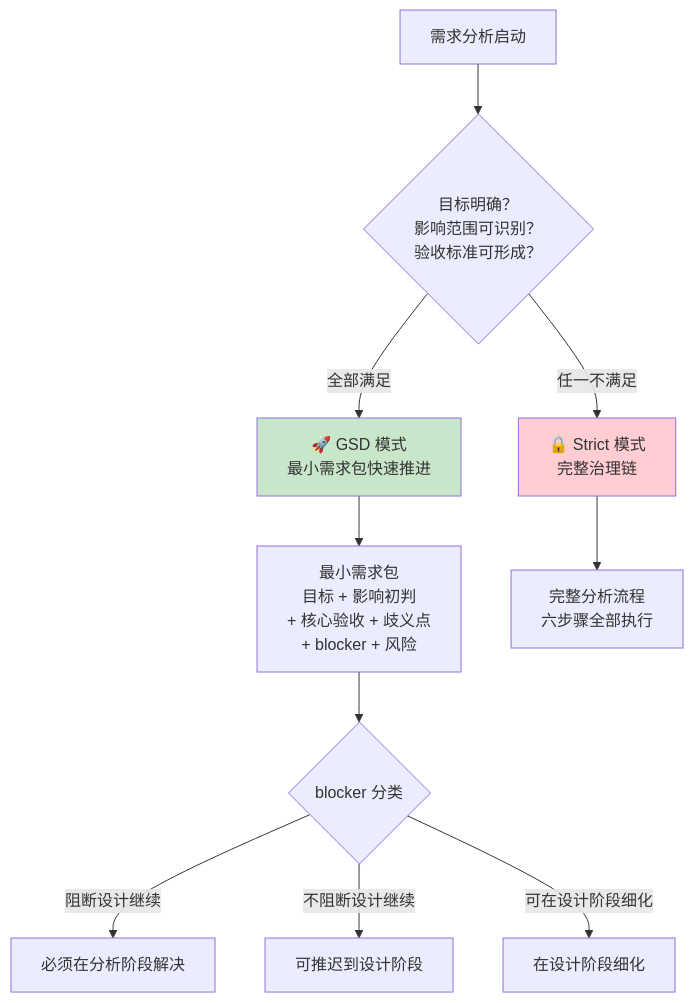
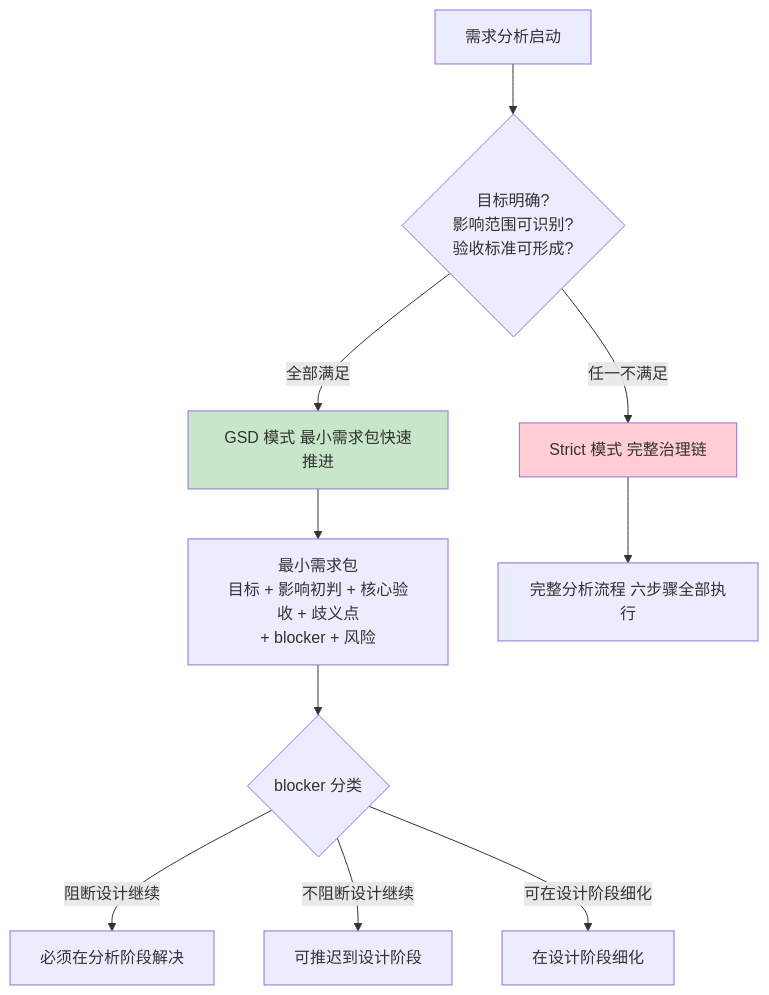
Before and after one commit to mes-openai/mes-ai-dev: the third of 3 diagrams in mes-ai-dev/workspace/training/02-phase-analyze-flowchart.md, drawn with Mermaid. The commit also changed other lines of this file and 12 other files, not shown here.

Commit message:
重新生成阶段流程图

````diff
--- a/mes-ai-dev/workspace/training/02-phase-analyze-flowchart.md
+++ b/mes-ai-dev/workspace/training/02-phase-analyze-flowchart.md
@@ -146,19 +146,19 @@
 ```mermaid
 flowchart TB
-    ANALYZE[需求分析启动] --> CHECK{目标明确？<br/>影响范围可识别？<br/>验收标准可形成？}
+    ANALYZE["需求分析启动"] --> CHECK{"目标明确?<br>影响范围可识别?<br>验收标准可形成?"}
 
-    CHECK -->|全部满足| GSD[🚀 GSD 模式<br/>最小需求包快速推进]
-    CHECK -->|任一不满足| STRICT[🔒 Strict 模式<br/>完整治理链]
+    CHECK -->|"全部满足"| GSD["GSD 模式 最小需求包快速推进"]
+    CHECK -->|"任一不满足"| STRICT["Strict 模式 完整治理链"]
 
-    GSD --> MIN_PKG[最小需求包<br/>目标 + 影响初判<br/>+ 核心验收 + 歧义点<br/>+ blocker + 风险]
+    GSD --> MIN_PKG["最小需求包<br>目标 + 影响初判 + 核心验收 + 歧义点<br>+ blocker + 风险"]
 
-    MIN_PKG --> BLOCKER{blocker 分类}
-    BLOCKER -->|阻断设计继续| MUST_FIX[必须在分析阶段解决]
-    BLOCKER -->|不阻断设计继续| CAN_DEFER[可推迟到设计阶段]
-    BLOCKER -->|可在设计阶段细化| DEFER_DESIGN[在设计阶段细化]
+    MIN_PKG --> BLOCKER{"blocker 分类"}
+    BLOCKER -->|"阻断设计继续"| MUST_FIX["必须在分析阶段解决"]
+    BLOCKER -->|"不阻断设计继续"| CAN_DEFER["可推迟到设计阶段"]
+    BLOCKER -->|"可在设计阶段细化"| DEFER_DESIGN["在设计阶段细化"]
 
-    STRICT --> FULL_ANALYSIS[完整分析流程<br/>六步骤全部执行]
+    STRICT --> FULL_ANALYSIS["完整分析流程 六步骤全部执行"]
 
     style GSD fill:#C8E6C9
     style STRICT fill:#FFCDD2
 ```
````
